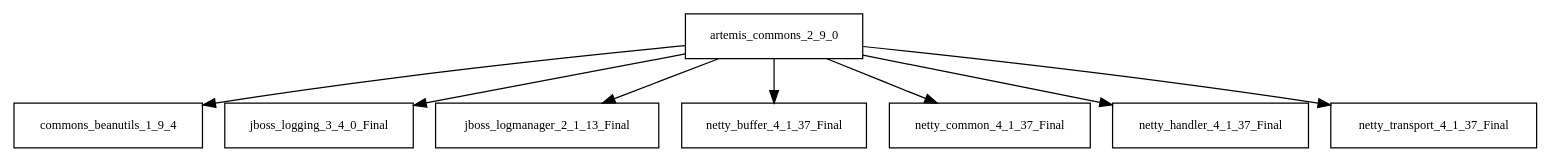
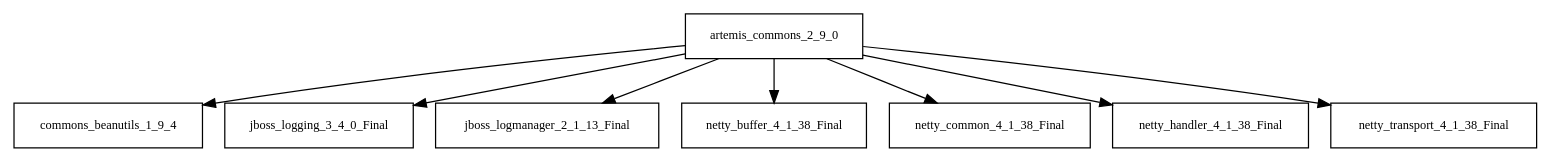
Before and after one commit to Hack23/cia: the diagram in tattleTaleReport/graphviz/artemis-commons-2.9.0.jar/artemis-commons-2.9.0.jar.dot, drawn with Graphviz. The commit also changed 2920 other files, not shown here.

```diff
--- a/tattleTaleReport/graphviz/artemis-commons-2.9.0.jar/artemis-commons-2.9.0.jar.dot
+++ b/tattleTaleReport/graphviz/artemis-commons-2.9.0.jar/artemis-commons-2.9.0.jar.dot
@@ -1,10 +1,10 @@
 digraph artemis_commons_2_9_0_dependencies {
   node [shape = box, fontsize=10.0];
   artemis_commons_2_9_0 -> commons_beanutils_1_9_4;
   artemis_commons_2_9_0 -> jboss_logging_3_4_0_Final;
   artemis_commons_2_9_0 -> jboss_logmanager_2_1_13_Final;
-  artemis_commons_2_9_0 -> netty_buffer_4_1_37_Final;
-  artemis_commons_2_9_0 -> netty_common_4_1_37_Final;
-  artemis_commons_2_9_0 -> netty_handler_4_1_37_Final;
-  artemis_commons_2_9_0 -> netty_transport_4_1_37_Final;
+  artemis_commons_2_9_0 -> netty_buffer_4_1_38_Final;
+  artemis_commons_2_9_0 -> netty_common_4_1_38_Final;
+  artemis_commons_2_9_0 -> netty_handler_4_1_38_Final;
+  artemis_commons_2_9_0 -> netty_transport_4_1_38_Final;
 }
```
